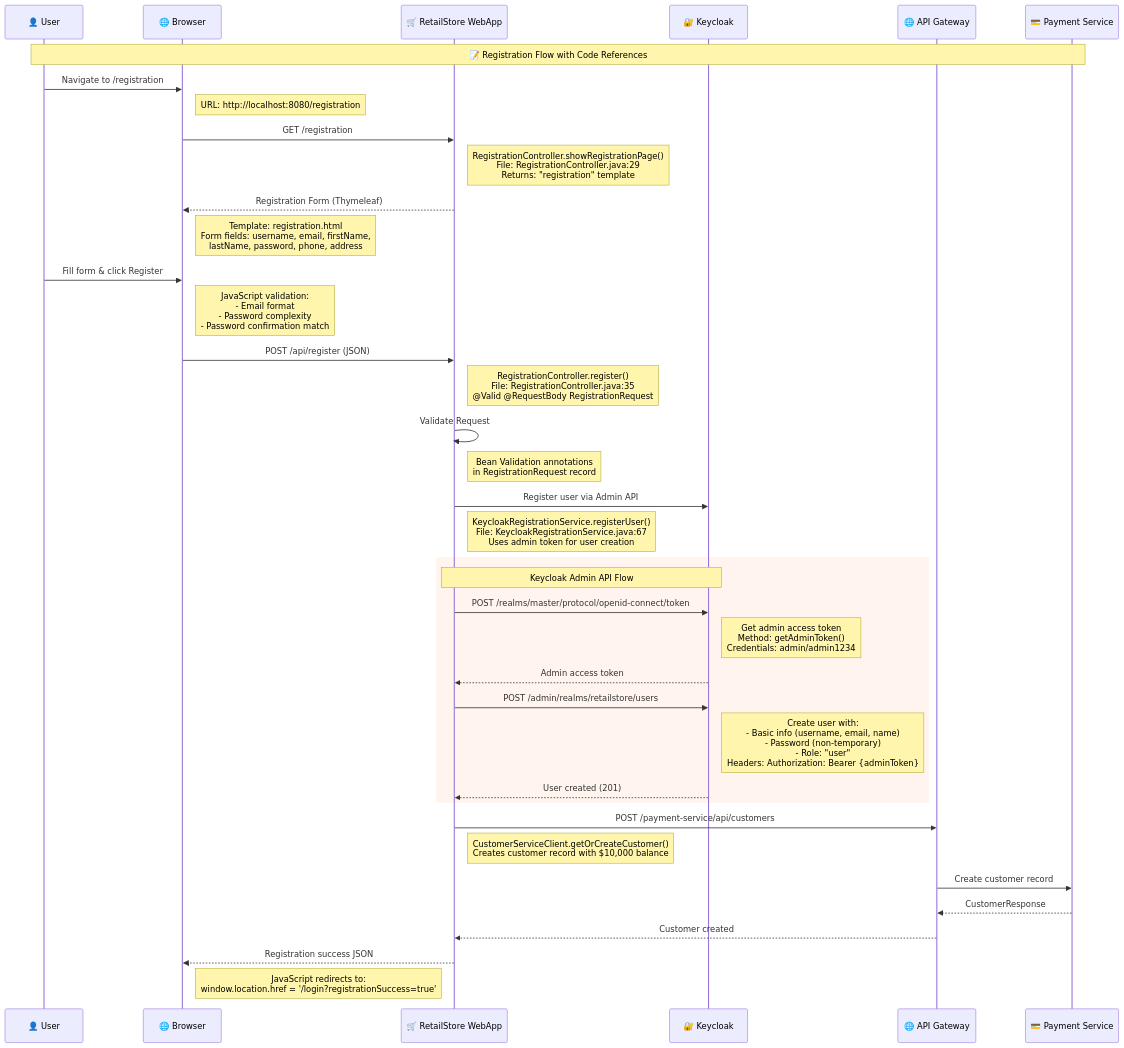
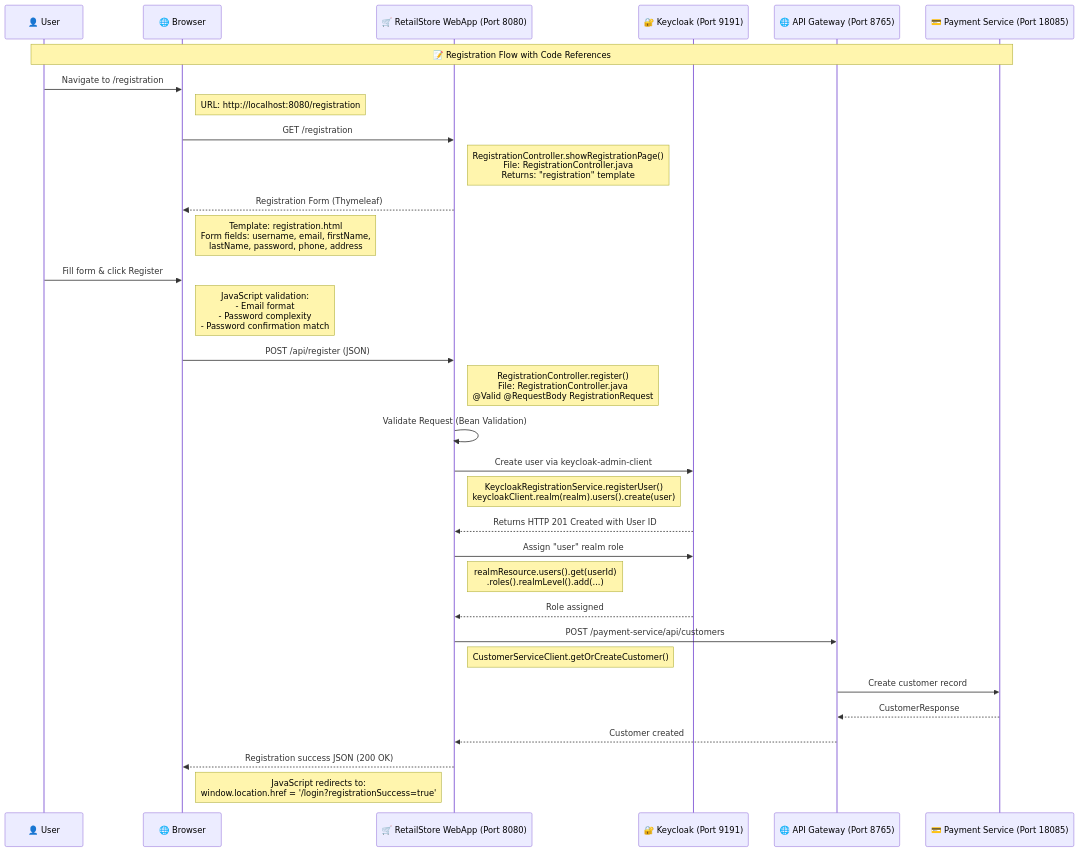
Before and after one commit to rajadilipkolli/spring-boot-microservices-series-v2: the first of 5 diagrams in retail-store-webapp/RetailStore-Authentication-Deep-Dive.md, drawn with Mermaid. The commit also changed other lines of this file and 50 other files, not shown here.

````diff
--- a/retail-store-webapp/RetailStore-Authentication-Deep-Dive.md
+++ b/retail-store-webapp/RetailStore-Authentication-Deep-Dive.md
@@ -20,55 +25,46 @@
 ```mermaid
 sequenceDiagram
     participant User as 👤 User
     participant Browser as 🌐 Browser
-    participant WebApp as 🛒 RetailStore WebApp
-    participant KC as 🔐 Keycloak
-    participant Gateway as 🌐 API Gateway
-    participant Payment as 💳 Payment Service
+    participant WebApp as 🛒 RetailStore WebApp (Port 8080)
+    participant KC as 🔐 Keycloak (Port 9191)
+    participant Gateway as 🌐 API Gateway (Port 8765)
+    participant Payment as 💳 Payment Service (Port 18085)
 
     Note over User, Payment: 📝 Registration Flow with Code References
 
     User->>Browser: Navigate to /registration
     Note right of Browser: URL: http://localhost:8080/registration
     
     Browser->>WebApp: GET /registration
-    Note right of WebApp: RegistrationController.showRegistrationPage()<br/>File: RegistrationController.java:29<br/>Returns: "registration" template
+    Note right of WebApp: RegistrationController.showRegistrationPage()<br/>File: RegistrationController.java<br/>Returns: "registration" template
     
     WebApp-->>Browser: Registration Form (Thymeleaf)
     Note right of Browser: Template: registration.html<br/>Form fields: username, email, firstName,<br/>lastName, password, phone, address
     
     User->>Browser: Fill form & click Register
     Note right of Browser: JavaScript validation:<br/>- Email format<br/>- Password complexity<br/>- Password confirmation match
     
     Browser->>WebApp: POST /api/register (JSON)
-    Note right of WebApp: RegistrationController.register()<br/>File: RegistrationController.java:35<br/>@Valid @RequestBody RegistrationRequest
+    Note right of WebApp: RegistrationController.register()<br/>File: RegistrationController.java<br/>@Valid @RequestBody RegistrationRequest
     
-    WebApp->>WebApp: Validate Request
-    Note right of WebApp: Bean Validation annotations<br/>in RegistrationRequest record
+    WebApp->>WebApp: Validate Request (Bean Validation)
     
-    WebApp->>KC: Register user via Admin API
-    Note right of WebApp: KeycloakRegistrationService.registerUser()<br/>File: KeycloakRegistrationService.java:67<br/>Uses admin token for user creation
+    WebApp->>KC: Create user via keycloak-admin-client
+    Note right of WebApp: KeycloakRegistrationService.registerUser()<br/>keycloakClient.realm(realm).users().create(user)
+    KC-->>WebApp: Returns HTTP 201 Created with User ID
     
-    rect rgb(255, 245, 238)
-        Note over WebApp, KC: Keycloak Admin API Flow
-        WebApp->>KC: POST /realms/master/protocol/openid-connect/token
-        Note right of KC: Get admin access token<br/>Method: getAdminToken()<br/>Credentials: admin/admin1234
-        
-        KC-->>WebApp: Admin access token
-        
-        WebApp->>KC: POST /admin/realms/retailstore/users
-        Note right of KC: Create user with:<br/>- Basic info (username, email, name)<br/>- Password (non-temporary)<br/>- Role: "user"<br/>Headers: Authorization: Bearer {adminToken}
-        
-        KC-->>WebApp: User created (201)
-    end
+    WebApp->>KC: Assign "user" realm role
+    Note right of WebApp: realmResource.users().get(userId)<br/>.roles().realmLevel().add(...)
+    KC-->>WebApp: Role assigned
     
     WebApp->>Gateway: POST /payment-service/api/customers
-    Note right of WebApp: CustomerServiceClient.getOrCreateCustomer()<br/>Creates customer record with $10,000 balance
+    Note right of WebApp: CustomerServiceClient.getOrCreateCustomer()
     
     Gateway->>Payment: Create customer record
     Payment-->>Gateway: CustomerResponse
     Gateway-->>WebApp: Customer created
     
-    WebApp-->>Browser: Registration success JSON
+    WebApp-->>Browser: Registration success JSON (200 OK)
     Note right of Browser: JavaScript redirects to:<br/>window.location.href = '/login?registrationSuccess=true'
 ```
````
